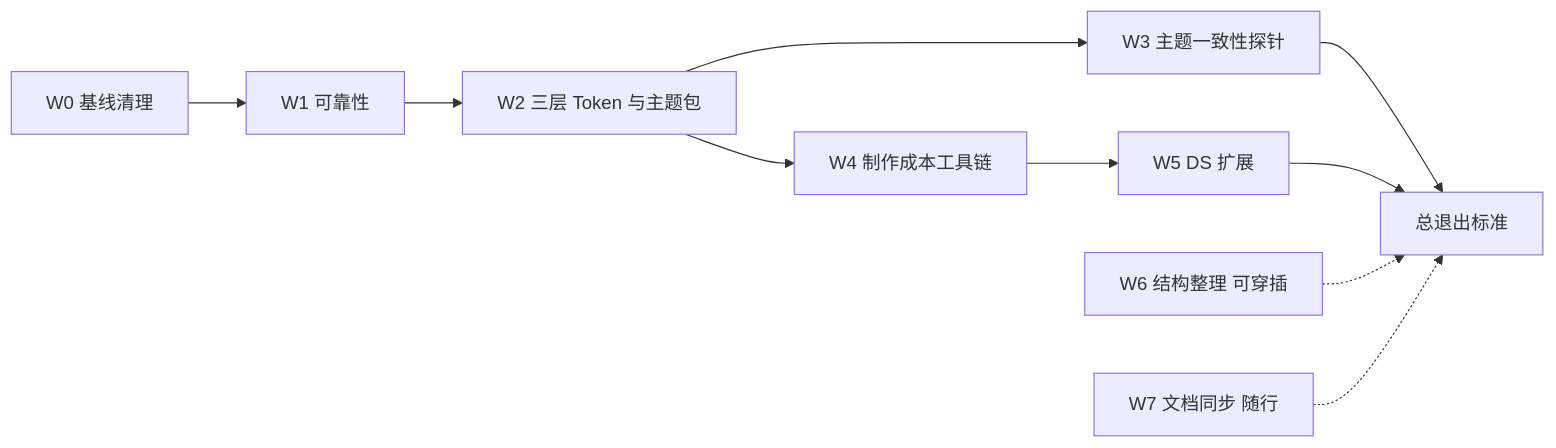
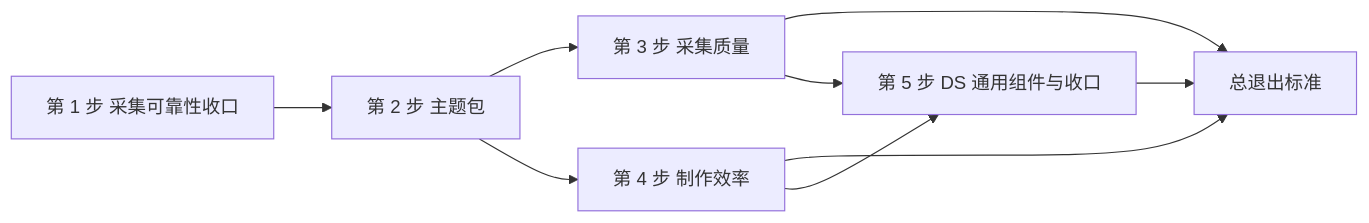
One commit to xinqingaa/proto-bridge changed the diagram in docs/roadmap/pbwork-platform-upgrade.md. Above: the diagram before and after it, drawn with Mermaid. The commit also changed other lines of this file and 16 other files, not shown here.

````diff
--- a/docs/roadmap/pbwork-platform-upgrade.md
+++ b/docs/roadmap/pbwork-platform-upgrade.md
@@ -36,12 +50,11 @@
 ```mermaid
 flowchart LR
-  W0["W0 基线清理"] --> W1["W1 可靠性"]
-  W1 --> W2["W2 三层 Token 与主题包"]
-  W2 --> W3["W3 主题一致性探针"]
-  W2 --> W4["W4 制作成本工具链"]
-  W4 --> W5["W5 DS 扩展"]
-  W3 --> Exit["总退出标准"]
-  W5 --> Exit
-  W6["W6 结构整理 可穿插"] -.-> Exit
-  W7["W7 文档同步 随行"] -.-> Exit
+  P1["第 1 步 采集可靠性收口"] --> P2["第 2 步 主题包"]
+  P2 --> P3["第 3 步 采集质量"]
+  P2 --> P4["第 4 步 制作效率"]
+  P3 --> Exit["总退出标准"]
+  P4 --> Exit
+  P5["第 5 步 DS 通用组件与收口"] --> Exit
+  P4 --> P5
+  P3 --> P5
 ```
````
